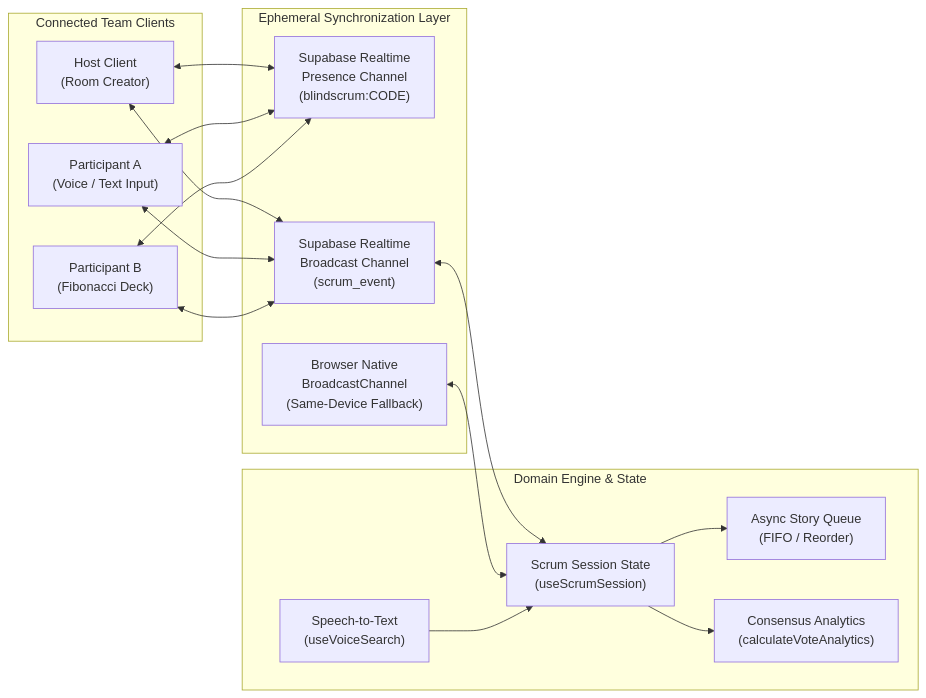
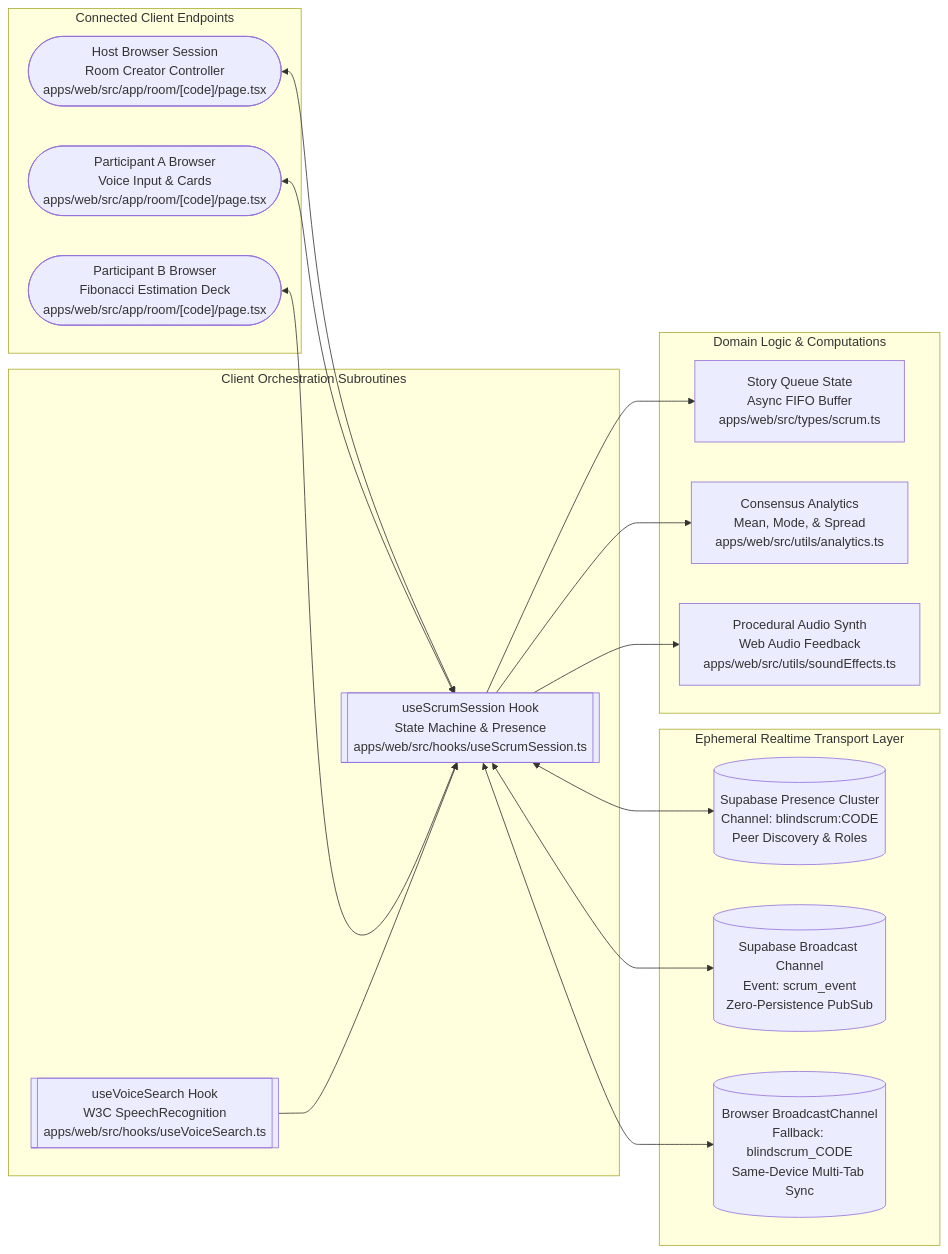
Before and after one commit to kxnghans/blindscrum: the first of 5 diagrams in docs/architecture.md, drawn with Mermaid. The commit also changed other lines of this file and 9 other files, not shown here.

````diff
--- a/docs/architecture.md
+++ b/docs/architecture.md
@@ -11,34 +11,38 @@
 ```mermaid
 flowchart LR
-    subgraph Clients["Connected Team Clients"]
-        Host["Host Client\n(Room Creator)"]
-        Voter1["Participant A\n(Voice / Text Input)"]
-        Voter2["Participant B\n(Fibonacci Deck)"]
+    subgraph Clients["Connected Client Endpoints"]
+        HostClient(["Host Browser Session<br/>Room Creator Controller<br/>apps/web/src/app/room/[code]/page.tsx"])
+        VoterA(["Participant A Browser<br/>Voice Input & Cards<br/>apps/web/src/app/room/[code]/page.tsx"])
+        VoterB(["Participant B Browser<br/>Fibonacci Estimation Deck<br/>apps/web/src/app/room/[code]/page.tsx"])
     end
 
-    subgraph RealtimeSync["Ephemeral Synchronization Layer"]
-        SupabasePresence["Supabase Realtime\nPresence Channel\n(blindscrum:CODE)"]
-        SupabaseBroadcast["Supabase Realtime\nBroadcast Channel\n(scrum_event)"]
-        LocalBC["Browser Native\nBroadcastChannel\n(Same-Device Fallback)"]
+    subgraph RealtimeLayer["Ephemeral Realtime Transport Layer"]
+        SupabasePresence[("Supabase Presence Cluster<br/>Channel: blindscrum:CODE<br/>Peer Discovery & Roles")]
+        SupabaseBroadcast[("Supabase Broadcast Channel<br/>Event: scrum_event<br/>Zero-Persistence PubSub")]
+        LocalBC[("Browser BroadcastChannel<br/>Fallback: blindscrum_CODE<br/>Same-Device Multi-Tab Sync")]
     end
 
-    subgraph DomainCore["Domain Engine & State"]
-        StateMachine["Scrum Session State\n(useScrumSession)"]
-        VoiceEngine["Speech-to-Text\n(useVoiceSearch)"]
-        QueueSystem["Async Story Queue\n(FIFO / Reorder)"]
-        AnalyticsEngine["Consensus Analytics\n(calculateVoteAnalytics)"]
+    subgraph CoreHooks["Client Orchestration Subroutines"]
+        SessionHook[["useScrumSession Hook<br/>State Machine & Presence<br/>apps/web/src/hooks/useScrumSession.ts"]]
+        VoiceHook[["useVoiceSearch Hook<br/>W3C SpeechRecognition<br/>apps/web/src/hooks/useVoiceSearch.ts"]]
     end
 
-    Host <--> SupabasePresence
-    Host <--> SupabaseBroadcast
-    Voter1 <--> SupabasePresence
-    Voter1 <--> SupabaseBroadcast
-    Voter2 <--> SupabasePresence
-    Voter2 <--> SupabaseBroadcast
+    subgraph DomainEngines["Domain Logic & Computations"]
+        QueueEngine["Story Queue State<br/>Async FIFO Buffer<br/>apps/web/src/types/scrum.ts"]
+        AnalyticsEngine["Consensus Analytics<br/>Mean, Mode, & Spread<br/>apps/web/src/utils/analytics.ts"]
+        AudioSynth["Procedural Audio Synth<br/>Web Audio Feedback<br/>apps/web/src/utils/soundEffects.ts"]
+    end
 
-    SupabaseBroadcast <--> StateMachine
-    LocalBC <--> StateMachine
-    VoiceEngine --> StateMachine
-    StateMachine --> QueueSystem
-    StateMachine --> AnalyticsEngine
+    HostClient <--> SessionHook
+    VoterA <--> SessionHook
+    VoterB <--> SessionHook
+
+    SessionHook <--> SupabasePresence
+    SessionHook <--> SupabaseBroadcast
+    SessionHook <--> LocalBC
+
+    VoiceHook --> SessionHook
+    SessionHook --> QueueEngine
+    SessionHook --> AnalyticsEngine
+    SessionHook --> AudioSynth
 ```
````
